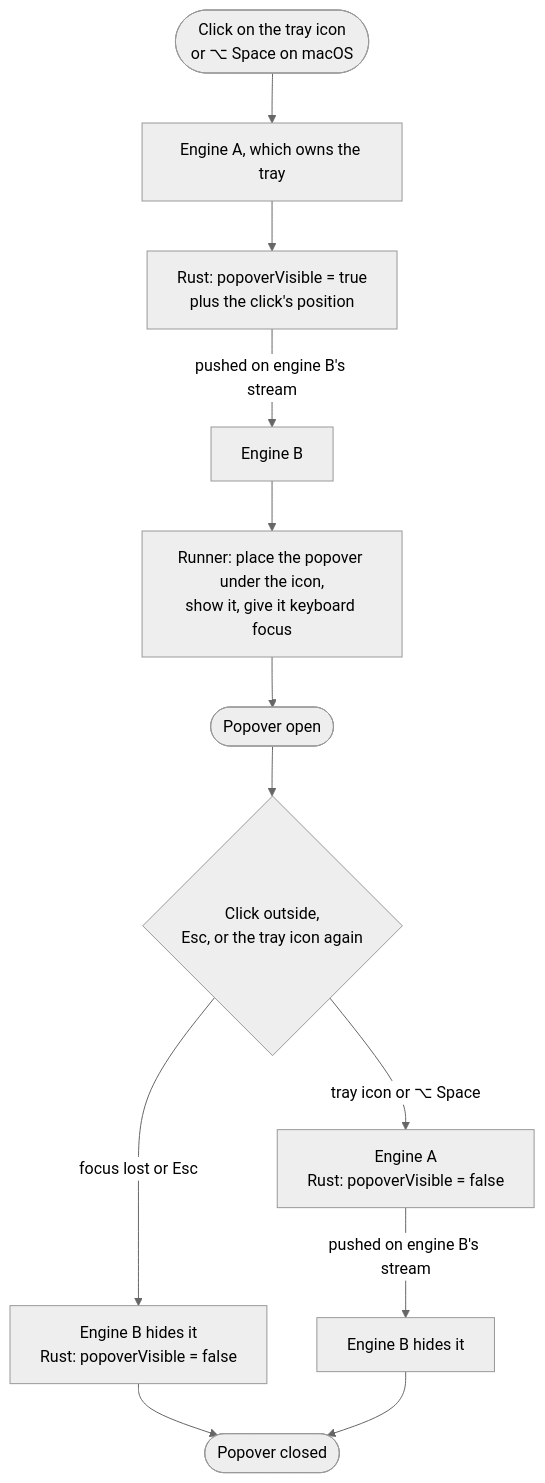
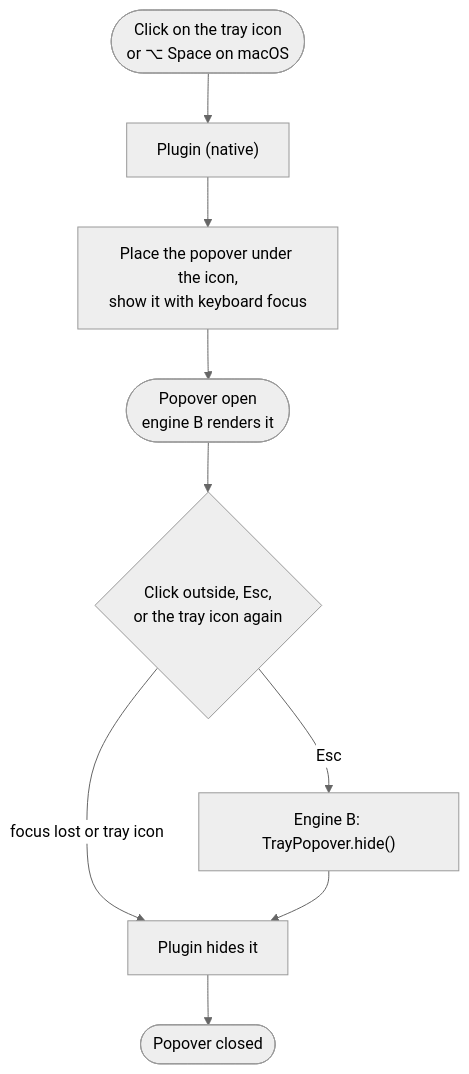
The fourth of 4 diagrams in README.md (vymalo/frb-tray-spike), drawn with Mermaid (neutral theme) before and after one commit. The commit also changed other lines of this file and 45 other files, not shown here.

First line of the commit message:
Move the tray and popover into a flutter_tray_popover plugin

````diff
--- a/README.md
+++ b/README.md
@@ -111,14 +167,11 @@
 ```mermaid
 flowchart TD
-    C(["Click on the tray icon<br/>or ⌥ Space on macOS"]) --> A["Engine A, which owns the tray"]
-    A --> S["Rust: popoverVisible = true<br/>plus the click's position"]
-    S -- "pushed on engine B's stream" --> B["Engine B"]
-    B --> W["Runner: place the popover under the icon,<br/>show it, give it keyboard focus"]
-    W --> O(["Popover open"])
-    O --> X{"Click outside,<br/>Esc, or the tray icon again"}
-    X -- "focus lost or Esc" --> H["Engine B hides it<br/>Rust: popoverVisible = false"]
-    X -- "tray icon or ⌥ Space" --> T["Engine A<br/>Rust: popoverVisible = false"]
-    T -- "pushed on engine B's stream" --> H2["Engine B hides it"]
+    C(["Click on the tray icon<br/>or ⌥ Space on macOS"]) --> N["Plugin (native)"]
+    N --> W["Place the popover under the icon,<br/>show it with keyboard focus"]
+    W --> O(["Popover open<br/>engine B renders it"])
+    O --> X{"Click outside, Esc,<br/>or the tray icon again"}
+    X -- "focus lost or tray icon" --> H["Plugin hides it"]
+    X -- "Esc" --> E["Engine B: TrayPopover.hide()"]
+    E --> H
     H --> Z(["Popover closed"])
-    H2 --> Z
 ```
````
